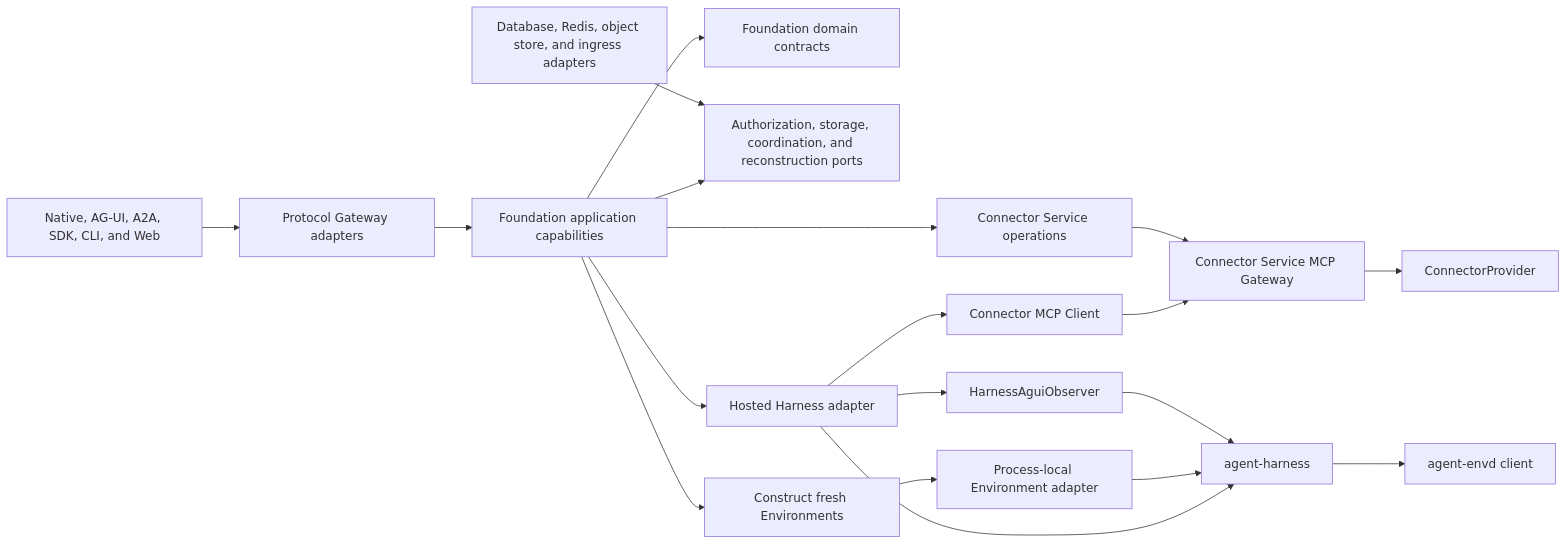
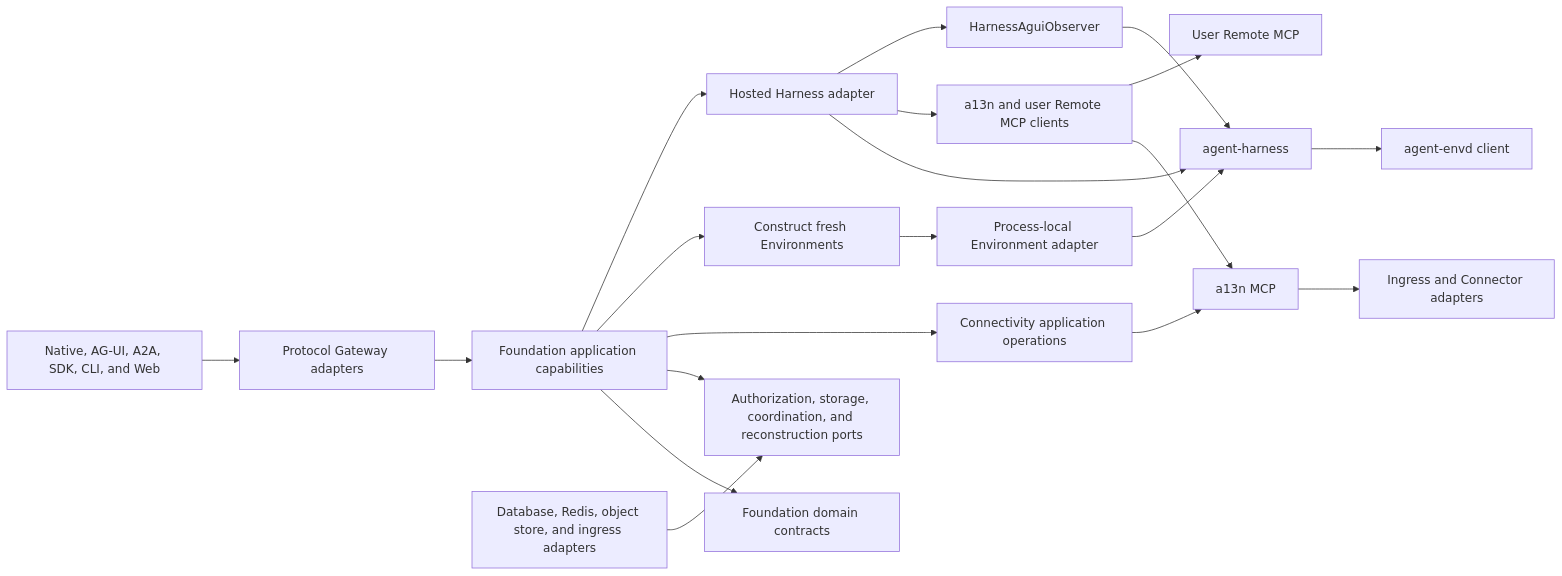
One commit to LTThreeComma/agent-foundation changed the third of 3 diagrams in spec/foundation-service/00-overview.md. Above: the diagram before and after it, drawn with Mermaid. The commit also changed other lines of this file and 81 other files, not shown here.

First line of the commit message:
refactor(connectivity): replace legacy connector architecture (#96)

````diff
--- a/spec/foundation-service/00-overview.md
+++ b/spec/foundation-service/00-overview.md
@@ -177,21 +164,22 @@
 ```mermaid
 flowchart LR
     Surfaces[Native, AG-UI, A2A, SDK, CLI, and Web] --> Gateway[Protocol Gateway adapters]
     Gateway --> Applications[Foundation application capabilities]
     Applications --> Domain[Foundation domain contracts]
     Applications --> Ports[Authorization, storage, coordination, and reconstruction ports]
     Adapters[Database, Redis, object store, and ingress adapters] --> Ports
-    Applications --> ConnectorService[Connector Service operations]
+    Applications --> Connectivity[Connectivity application operations]
     Applications --> EnvProvider[Construct fresh Environments]
     Applications --> HostedHarness[Hosted Harness adapter]
     HostedHarness --> Harness[agent-harness]
-    HostedHarness --> MCPClient[Connector MCP Client]
-    MCPClient --> MCPGateway[Connector Service MCP Gateway]
-    ConnectorService --> MCPGateway
-    MCPGateway --> Provider[ConnectorProvider]
+    HostedHarness --> MCPClients[a13n and user Remote MCP clients]
+    MCPClients --> A13nMCP[a13n MCP]
+    MCPClients --> UserMCP[User Remote MCP]
+    Connectivity --> A13nMCP
+    A13nMCP --> ConnectivityAdapters[Ingress and Connector adapters]
     EnvProvider --> EnvironmentAdapter[Process-local Environment adapter]
     EnvironmentAdapter --> Harness
     HostedHarness --> Observer[HarnessAguiObserver]
     Observer --> Harness
     Harness --> EnvdClient[agent-envd client]
 ```
````
